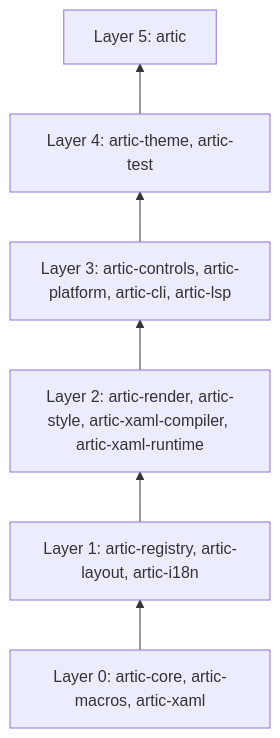
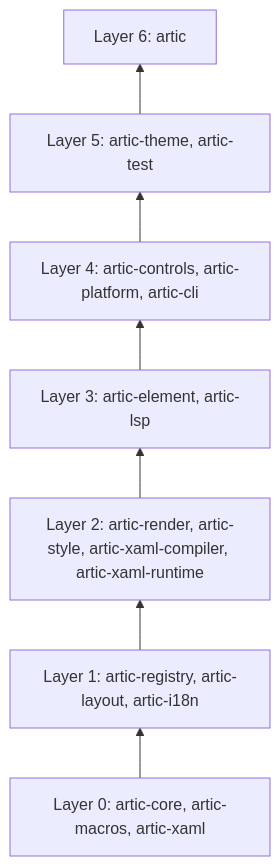
One commit to wolfware-labs/Artic changed the first of 3 diagrams in docs/spec/technical_spec.md. Above: the diagram before and after it, drawn with Mermaid. The commit also changed other lines of this file and 1 other file, not shown here.

First line of the commit message:
docs: record D25-D27 layering, flush and test-utility decisions

````diff
--- a/docs/spec/technical_spec.md
+++ b/docs/spec/technical_spec.md
@@ -50,10 +50,11 @@
 ```mermaid
 flowchart BT
   L0["Layer 0: artic-core, artic-macros, artic-xaml"]
   L1["Layer 1: artic-registry, artic-layout, artic-i18n"]
   L2["Layer 2: artic-render, artic-style, artic-xaml-compiler, artic-xaml-runtime"]
-  L3["Layer 3: artic-controls, artic-platform, artic-cli, artic-lsp"]
-  L4["Layer 4: artic-theme, artic-test"]
-  L5["Layer 5: artic"]
-  L0 --> L1 --> L2 --> L3 --> L4 --> L5
+  L3["Layer 3: artic-element, artic-lsp"]
+  L4["Layer 4: artic-controls, artic-platform, artic-cli"]
+  L5["Layer 5: artic-theme, artic-test"]
+  L6["Layer 6: artic"]
+  L0 --> L1 --> L2 --> L3 --> L4 --> L5 --> L6
 ```
````
